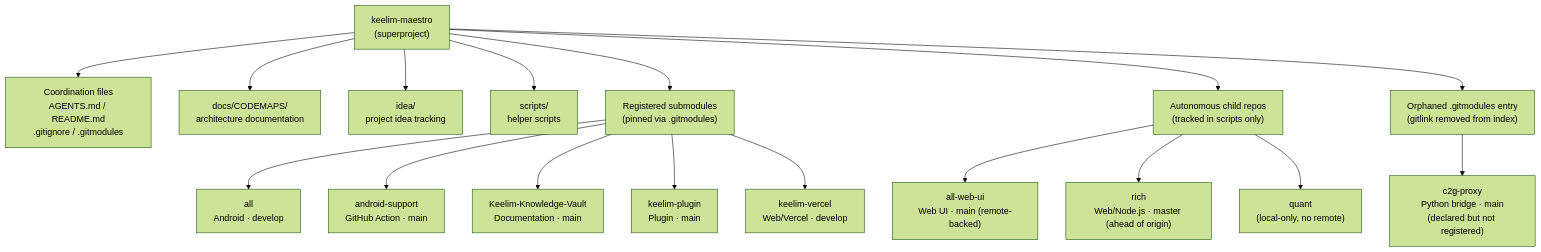
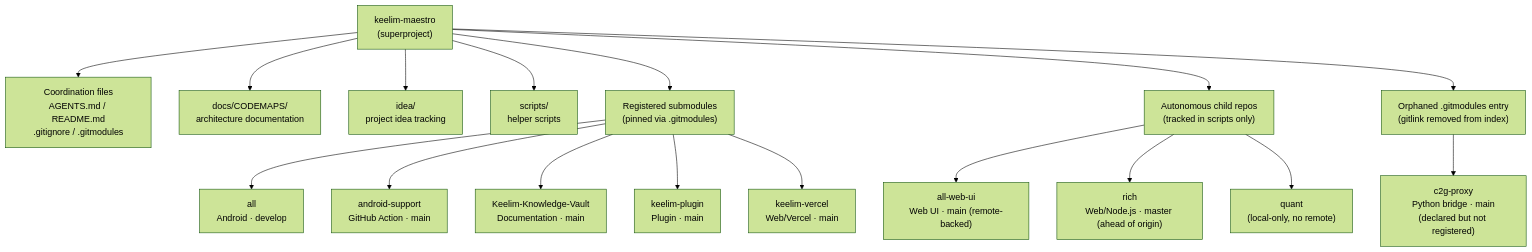
The diagram in docs/CODEMAPS/WORKSPACE.md (keelim/keelim-maestro), drawn with Mermaid (forest theme) before and after one commit. The commit also changed other lines of this file and 17 other files, not shown here.

````diff
--- a/docs/CODEMAPS/WORKSPACE.md
+++ b/docs/CODEMAPS/WORKSPACE.md
@@ -12,25 +12,25 @@
 ```mermaid
 flowchart TB
     root["keelim-maestro\n(superproject)"]
 
     root --> coord["Coordination files\nAGENTS.md / README.md\n.gitignore / .gitmodules"]
     root --> docs["docs/CODEMAPS/\narchitecture documentation"]
     root --> idea["idea/\nproject idea tracking"]
     root --> scripts["scripts/\nhelper scripts"]
     root --> submodules["Registered submodules\n(pinned via .gitmodules)"]
     root --> autonomous["Autonomous child repos\n(tracked in scripts only)"]
 
     submodules --> all["all\nAndroid · develop"]
     submodules --> android["android-support\nGitHub Action · main"]
     submodules --> vault["Keelim-Knowledge-Vault\nDocumentation · main"]
     submodules --> plugin["keelim-plugin\nPlugin · main"]
-    submodules --> vercel["keelim-vercel\nWeb/Vercel · develop"]
+    submodules --> vercel["keelim-vercel\nWeb/Vercel · main"]
 
     orphaned["Orphaned .gitmodules entry\n(gitlink removed from index)"]
     root --> orphaned
     orphaned --> c2g["c2g-proxy\nPython bridge · main\n(declared but not registered)"]
 
     autonomous --> webui["all-web-ui\nWeb UI · main (remote-backed)"]
     autonomous --> rich["rich\nWeb/Node.js · master (ahead of origin)"]
     autonomous --> quant["quant\n(local-only, no remote)"]
 ```
````
